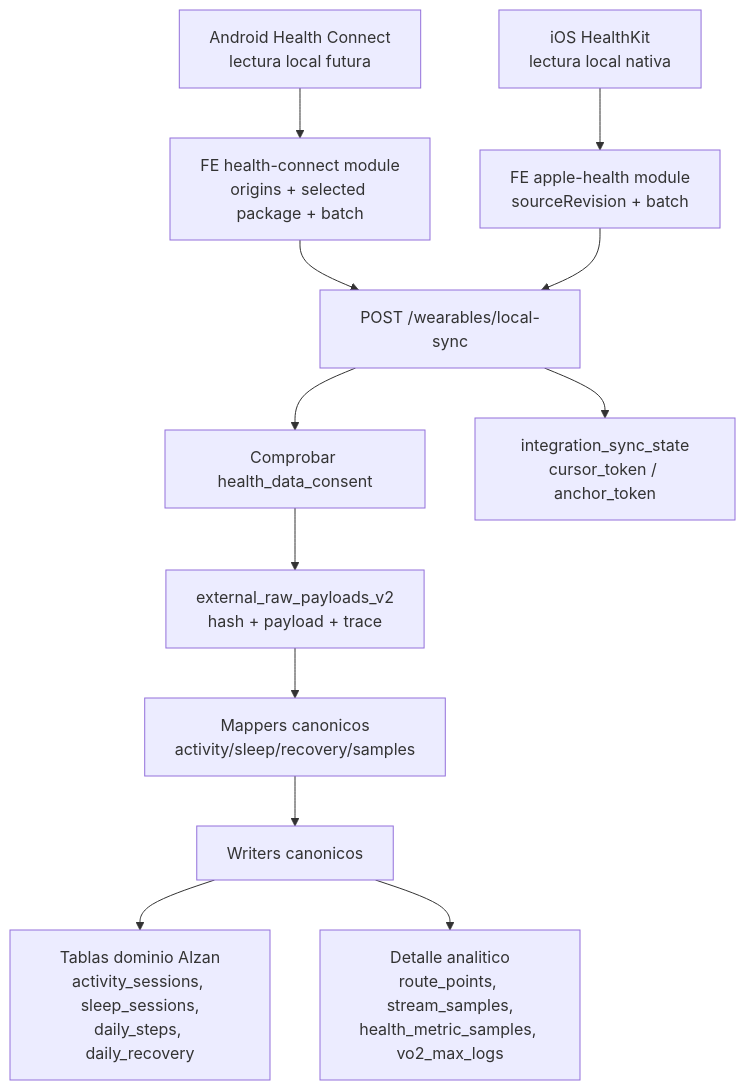
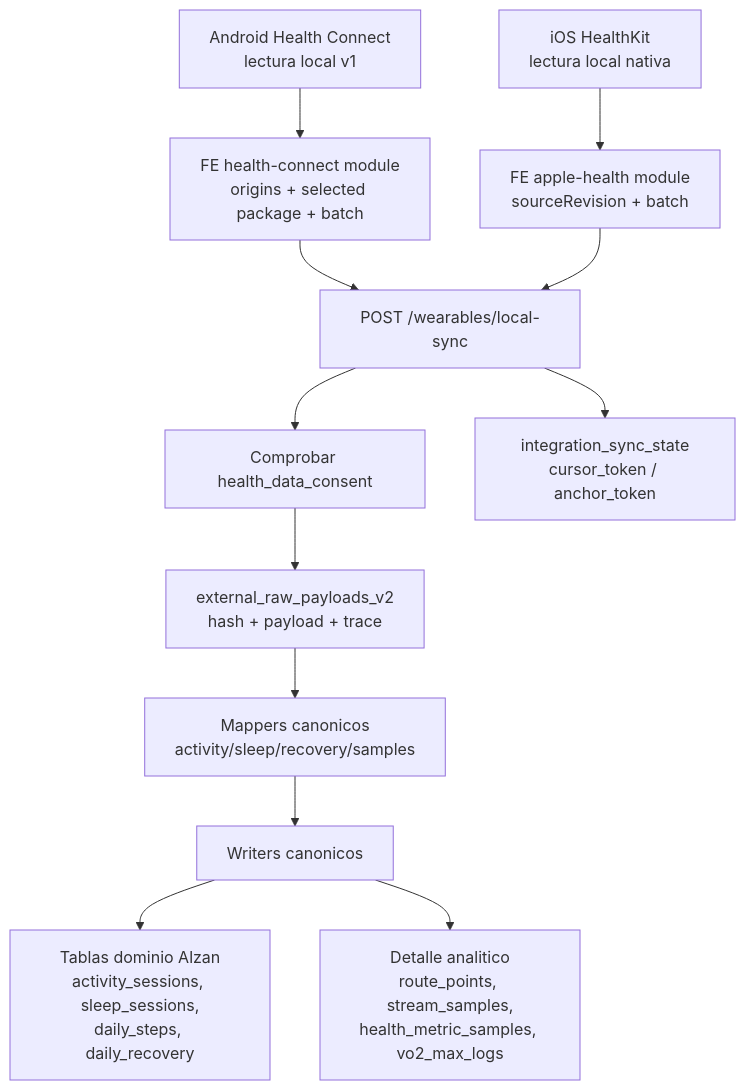
Before and after one commit to AlzanHealth/alzan: the diagram in docs/wearables-implementation-dashboard.md, drawn with Mermaid. The commit also changed other lines of this file and 3 other files, not shown here.

Commit message:
fix(wearables): close local health sync audit

````diff
--- a/docs/wearables-implementation-dashboard.md
+++ b/docs/wearables-implementation-dashboard.md
@@ -40,14 +40,14 @@
 ```mermaid
 flowchart TD
-  HC["Android Health Connect\nlectura local futura"] --> FEHC["FE health-connect module\norigins + selected package + batch"]
+  HC["Android Health Connect\nlectura local v1"] --> FEHC["FE health-connect module\norigins + selected package + batch"]
   HK["iOS HealthKit\nlectura local nativa"] --> FEHK["FE apple-health module\nsourceRevision + batch"]
   FEHC --> API["POST /wearables/local-sync"]
   FEHK --> API
   API --> CONSENT["Comprobar health_data_consent"]
   CONSENT --> RAW["external_raw_payloads_v2\nhash + payload + trace"]
   RAW --> NORMALIZE["Mappers canonicos\nactivity/sleep/recovery/samples"]
   NORMALIZE --> WRITERS["Writers canonicos"]
   WRITERS --> DOMAIN["Tablas dominio Alzan\nactivity_sessions, sleep_sessions,\ndaily_steps, daily_recovery"]
   WRITERS --> DETAIL["Detalle analitico\nroute_points, stream_samples,\nhealth_metric_samples, vo2_max_logs"]
   API --> SYNC["integration_sync_state\ncursor_token / anchor_token"]
 ```
````
